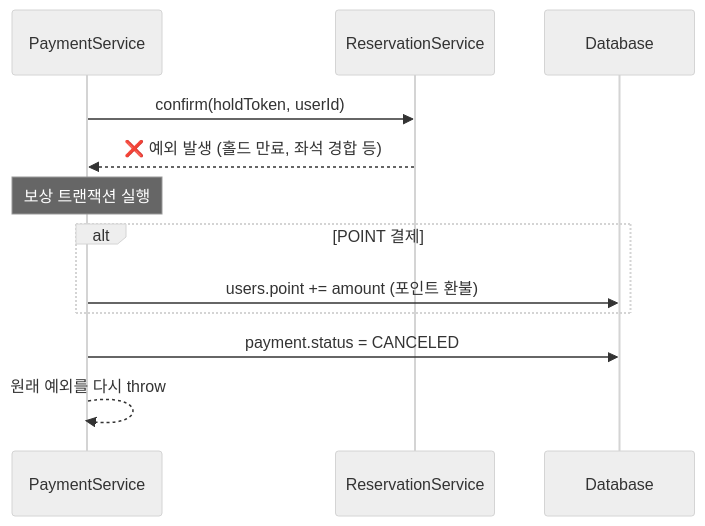
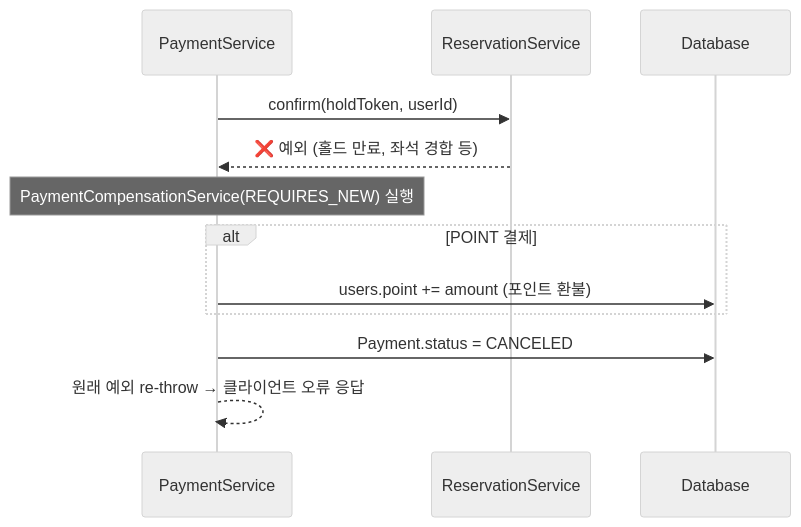
One commit to kiy3035/Ticketing changed the third of 3 diagrams in docs/sequence-diagrams.md. Above: the diagram before and after it, drawn with Mermaid (neutral theme). The commit also changed other lines of this file and 13 other files, not shown here.

````diff
--- a/docs/sequence-diagrams.md
+++ b/docs/sequence-diagrams.md
@@ -96,16 +80,16 @@
 ```mermaid
 sequenceDiagram
     participant PS as PaymentService
     participant RS as ReservationService
     participant DB as Database
 
     PS->>RS: confirm(holdToken, userId)
-    RS-->>PS: ❌ 예외 발생 (홀드 만료, 좌석 경합 등)
-    
-    Note over PS: 보상 트랜잭션 실행
+    RS-->>PS: ❌ 예외 (홀드 만료, 좌석 경합 등)
+
+    Note over PS: PaymentCompensationService(REQUIRES_NEW) 실행
     alt POINT 결제
         PS->>DB: users.point += amount (포인트 환불)
     end
-    PS->>DB: payment.status = CANCELED
-    PS-->>PS: 원래 예외를 다시 throw
+    PS->>DB: Payment.status = CANCELED
+    PS-->>PS: 원래 예외 re-throw → 클라이언트 오류 응답
 ```
````
